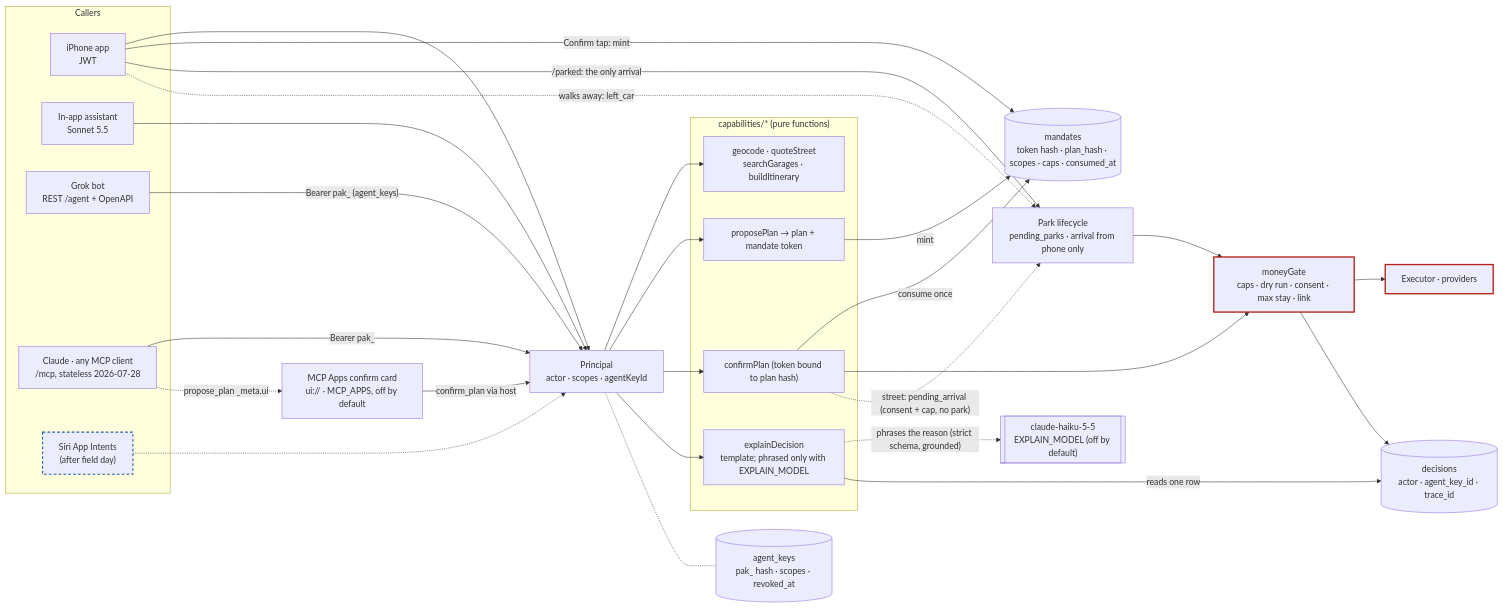
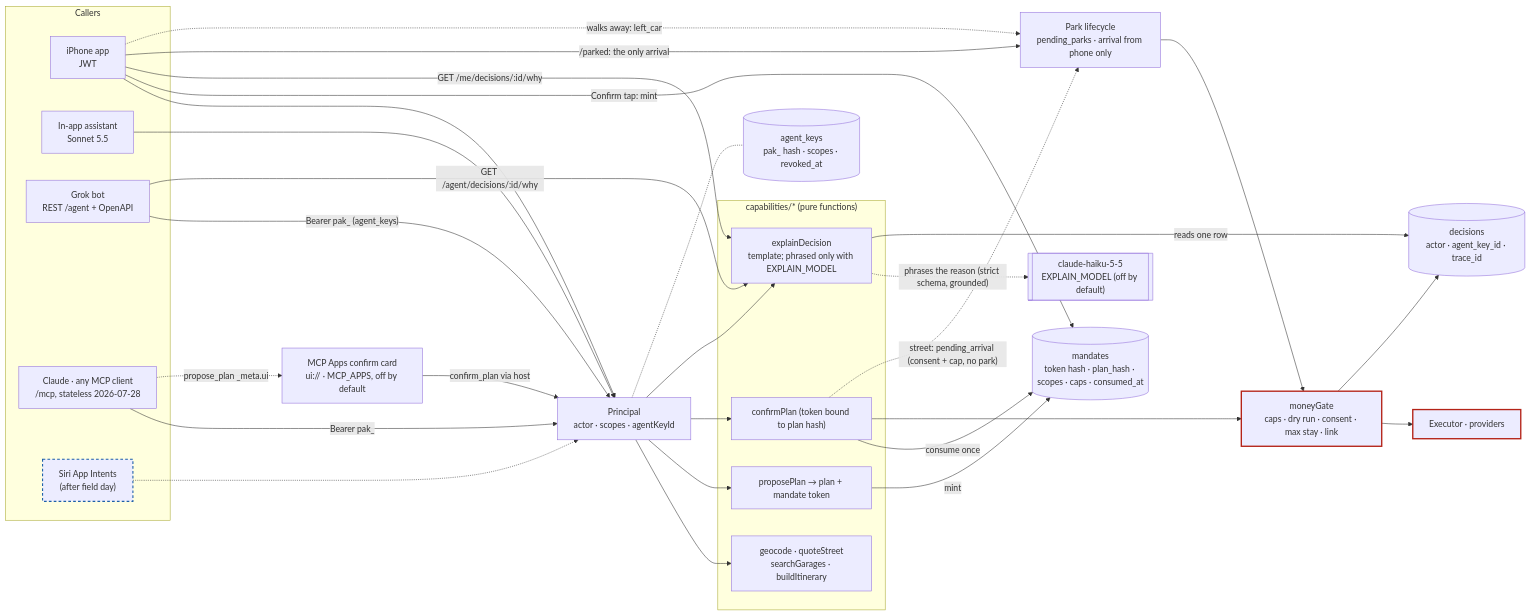
The third of 4 diagrams in docs/architecture.md (thomasbardhi01/parkagent), drawn with Mermaid before and after one commit. The commit also changed 10 other files, not shown here.

First line of the commit message:
Why, on every surface: the app's and the agent's why routes (Issue M, part 3) (#268)

````diff
--- a/docs/architecture.md
+++ b/docs/architecture.md
@@ -121,56 +121,58 @@
 ```mermaid
 flowchart LR
   subgraph Callers
     APP["iPhone app<br/>JWT"]
     LOOP["In-app assistant<br/>Sonnet 5.5"]
     GROK["Grok bot<br/>REST /agent + OpenAPI"]
     CL["Claude · any MCP client<br/>/mcp, stateless 2026-07-28"]
     SIRI["Siri App Intents<br/>(after field day)"]
   end
 
   P["Principal<br/>actor · scopes · agentKeyId"]
 
   subgraph Cap["capabilities/* (pure functions)"]
     C1["geocode · quoteStreet<br/>searchGarages · buildItinerary"]
     C2["proposePlan → plan + mandate token"]
     C3["confirmPlan (token bound to plan hash)"]
     C4["explainDecision<br/>template; phrased only with EXPLAIN_MODEL"]
   end
 
   GATE["moneyGate<br/>caps · dry run · consent · max stay · link"]
   LIFE["Park lifecycle<br/>pending_parks · arrival from phone only"]
   EXE["Executor · providers"]
   DEC[("decisions<br/>actor · agent_key_id · trace_id")]
   KEYS[("agent_keys<br/>pak_ hash · scopes · revoked_at")]
   MAND[("mandates<br/>token hash · plan_hash · scopes · caps · consumed_at")]
   CARD["MCP Apps confirm card<br/>ui:// · MCP_APPS, off by default"]
 
   APP --> P
   LOOP --> P
   GROK -- "Bearer pak_ (agent_keys)" --> P
   CL -- "Bearer pak_" --> P
   CL -. "propose_plan _meta.ui" .-> CARD
   CARD -- "confirm_plan via host" --> P
   SIRI -.-> P
   P --> C1 & C2 & C3
   P --> C4
   P -.- KEYS
   C2 -- "mint" --> MAND
   C3 -- "consume once" --> MAND
   APP -- "Confirm tap: mint" --> MAND
   HAIKU[["claude-haiku-5-5<br/>EXPLAIN_MODEL (off by default)"]]
   C4 -. "phrases the reason (strict schema, grounded)" .-> HAIKU
   C4 -- "reads one row" --> DEC
+  GROK -- "GET /agent/decisions/:id/why" --> C4
+  APP -- "GET /me/decisions/:id/why" --> C4
   C3 --> GATE
   C3 -. "street: pending_arrival (consent + cap, no park)" .-> LIFE
   APP -- "/parked: the only arrival" --> LIFE
   LIFE --> GATE
   GATE --> EXE
   GATE --> DEC
   APP -. "walks away: left_car" .-> LIFE
 
   classDef money stroke:#b42318,stroke-width:2.5px
   classDef planned stroke:#1d5fa8,stroke-width:2px,stroke-dasharray:5 4
   class GATE,EXE money
   class SIRI planned
 ```
````
